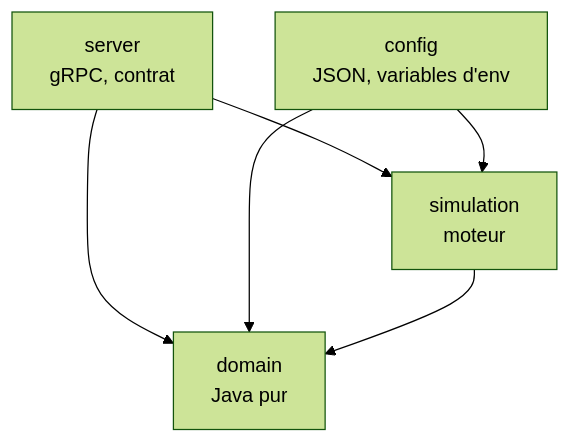
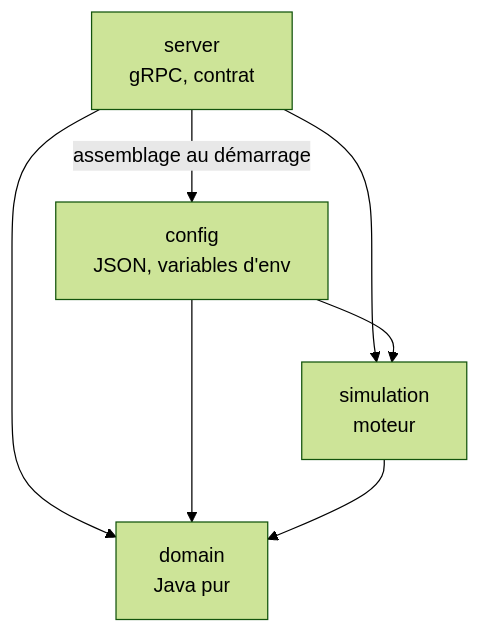
Before and after one commit to gakkel-labs/swarm-simulator: the second of 5 diagrams in docs/architecture.fr.md, drawn with Mermaid (forest theme). The commit also changed other lines of this file and 2 other files, not shown here.

Commit message:
test(server): group the ArchUnit rules and check threads and adapters (#174)

````diff
--- a/docs/architecture.fr.md
+++ b/docs/architecture.fr.md
@@ -92,8 +92,9 @@
 ```mermaid
 flowchart TB
     SERVER[server<br/>gRPC, contrat] --> SIMULATION[simulation<br/>moteur]
     CONFIG[config<br/>JSON, variables d'env] --> SIMULATION
     SERVER --> DOMAIN[domain<br/>Java pur]
+    SERVER -->|assemblage au démarrage| CONFIG
     CONFIG --> DOMAIN
     SIMULATION --> DOMAIN
 ```
````
